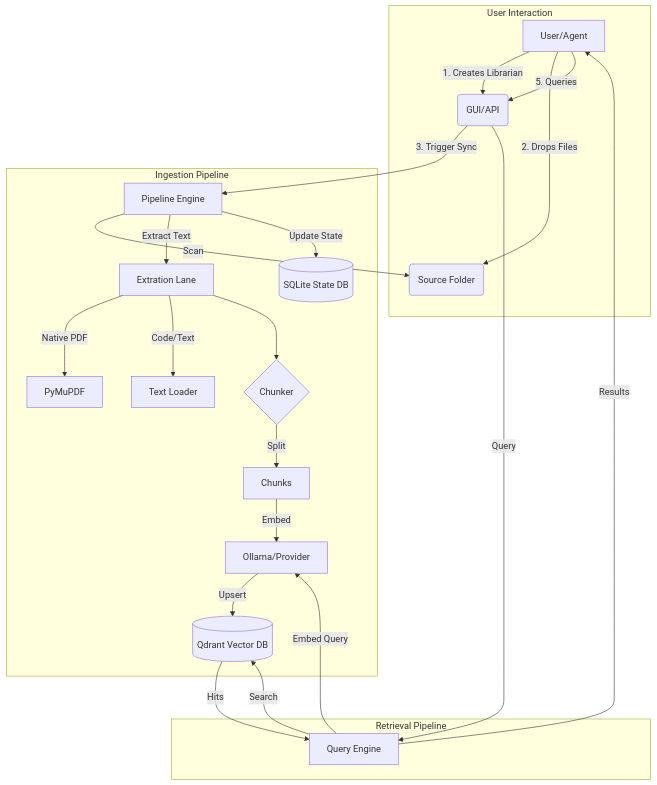
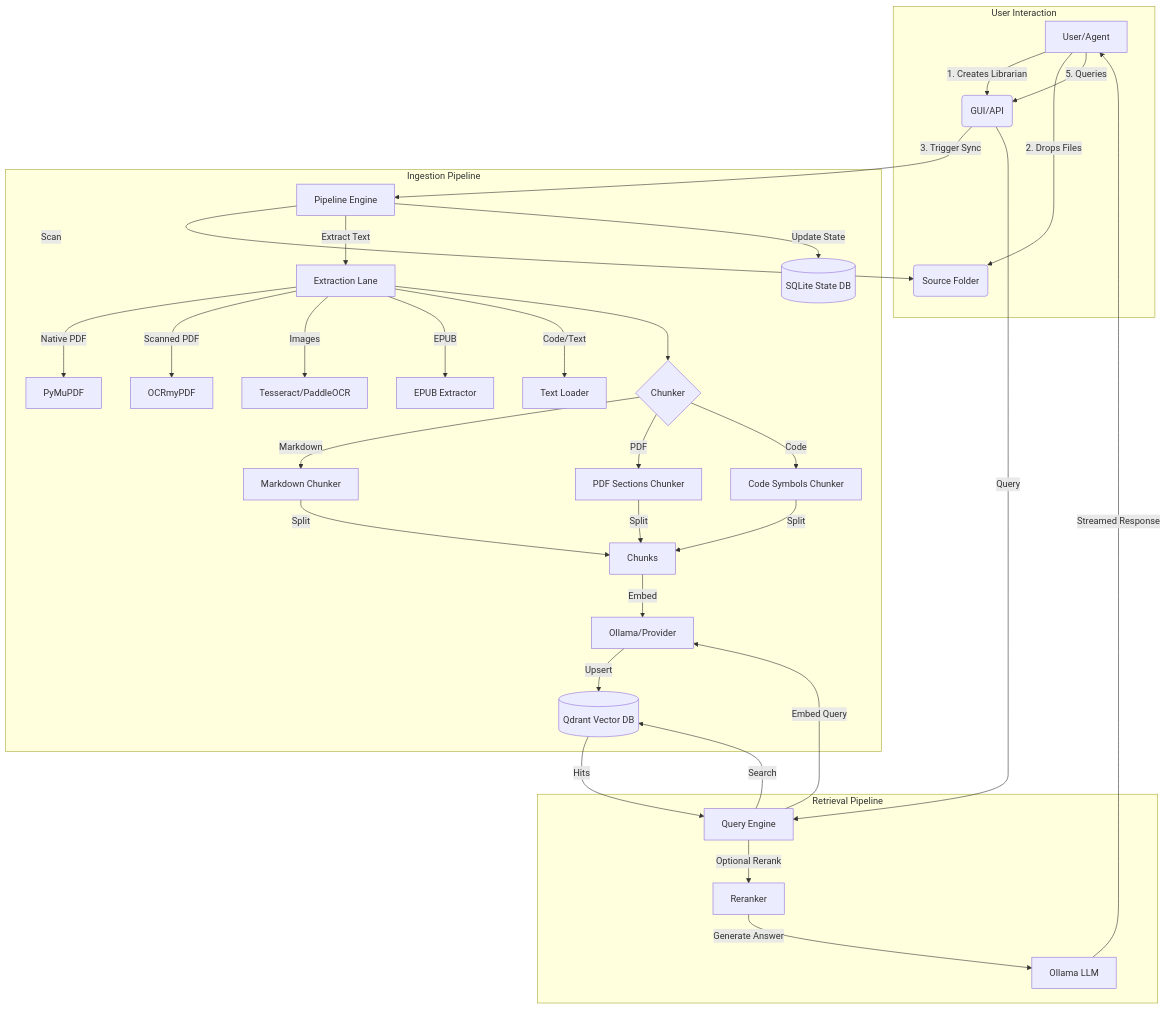
The diagram in README.md (SweetingTech/Ragnificent), drawn with Mermaid before and after one commit. The commit also changed other lines of this file, not shown here.

````diff
--- a/README.md
+++ b/README.md
@@ -7,29 +7,37 @@
 ```mermaid
 graph TD
     subgraph User Interaction
     A[User/Agent] -->|1. Creates Librarian| B(GUI/API)
     A -->|2. Drops Files| C(Source Folder)
     A -->|5. Queries| B
     end
-    
+
     subgraph Ingestion Pipeline
     B -->|3. Trigger Sync| D[Pipeline Engine]
     D -->|Scan| C
-    D -->|Extract Text| E[Extration Lane]
+    D -->|Extract Text| E[Extraction Lane]
     E -->|Native PDF| F[PyMuPDF]
+    E -->|Scanned PDF| F2[OCRmyPDF]
+    E -->|Images| F3[Tesseract/PaddleOCR]
+    E -->|EPUB| F4[EPUB Extractor]
     E -->|Code/Text| G[Text Loader]
     E --> H{Chunker}
-    H -->|Split| I[Chunks]
+    H -->|Markdown| H1[Markdown Chunker]
+    H -->|PDF| H2[PDF Sections Chunker]
+    H -->|Code| H3[Code Symbols Chunker]
+    H1 & H2 & H3 -->|Split| I[Chunks]
     I -->|Embed| J[Ollama/Provider]
     J -->|Upsert| K[(Qdrant Vector DB)]
     D -->|Update State| L[(SQLite State DB)]
     end
-    
+
     subgraph Retrieval Pipeline
     B -->|Query| M[Query Engine]
     M -->|Embed Query| J
     M -->|Search| K
     K -->|Hits| M
-    M -->|Results| A
+    M -->|Optional Rerank| N[Reranker]
+    N -->|Generate Answer| O[Ollama LLM]
+    O -->|Streamed Response| A
     end
 ```
````
